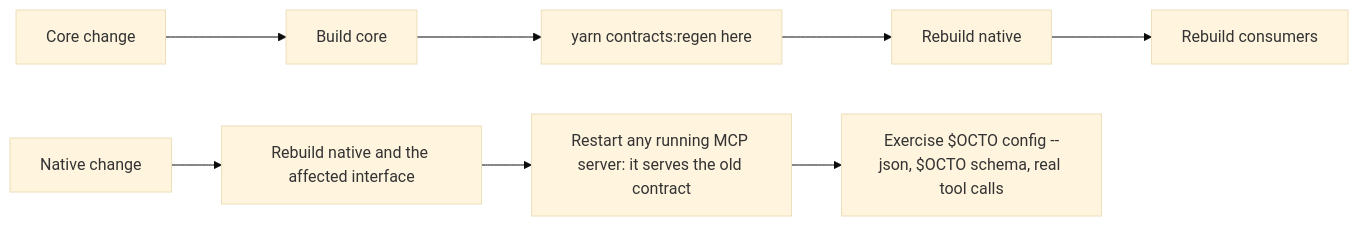
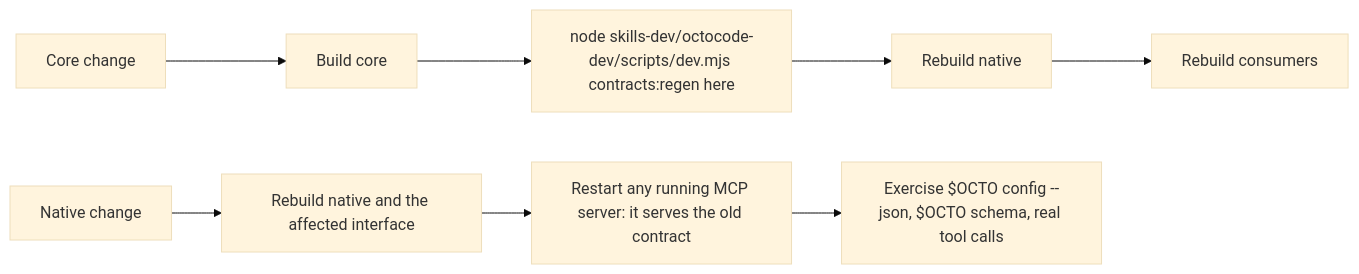
The second of 2 diagrams in AGENTS.md (bgauryy/octocode), drawn with Mermaid (base theme) before and after one commit. The commit also changed other lines of this file and 1641 other files, not shown here.

````diff
--- a/AGENTS.md
+++ b/AGENTS.md
@@ -110,5 +116,5 @@
 ```mermaid
 flowchart LR
-  C[Core change] --> B[Build core] --> R["yarn contracts:regen here"] --> N[Rebuild native] --> U[Rebuild consumers]
+  C[Core change] --> B[Build core] --> R["node skills-dev/octocode-dev/scripts/dev.mjs contracts:regen here"] --> N[Rebuild native] --> U[Rebuild consumers]
   X[Native change] --> N2["Rebuild native and the affected interface"] --> S["Restart any running MCP server: it serves the old contract"] --> E["Exercise $OCTO config --json, $OCTO schema, real tool calls"]
 ```
````
